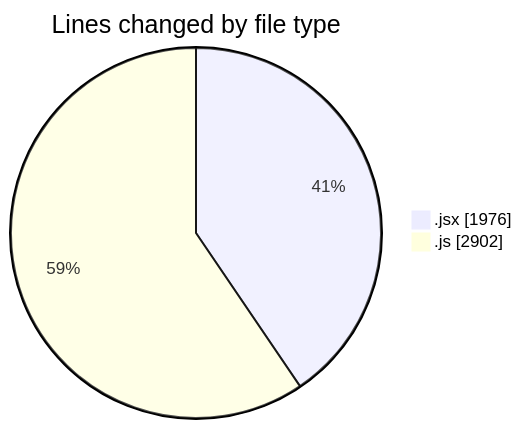
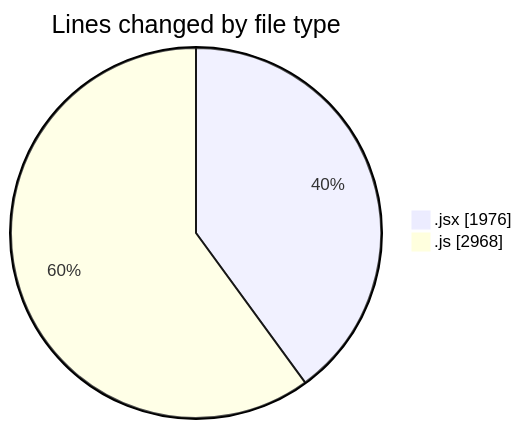
Before and after one commit to nxtqubesakshisongat/code-tracking: the first of 2 diagrams in 2025-11-07/nxtqube_webapp/README.md, drawn with Mermaid. The commit also changed other lines of this file and 1 other file, not shown here.

````diff
--- a/2025-11-07/nxtqube_webapp/README.md
+++ b/2025-11-07/nxtqube_webapp/README.md
@@ -28,6 +29,6 @@
 ```mermaid
 pie showData
 title Lines changed by file type
 ".jsx" : 1976
-".js" : 2902
+".js" : 2968
 ```
````
